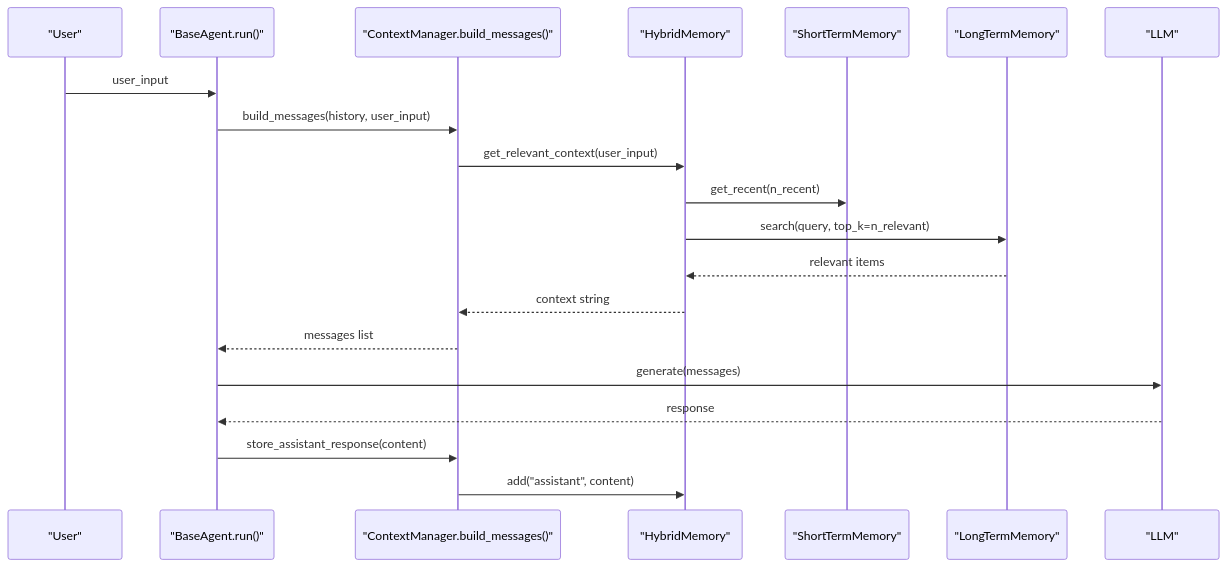
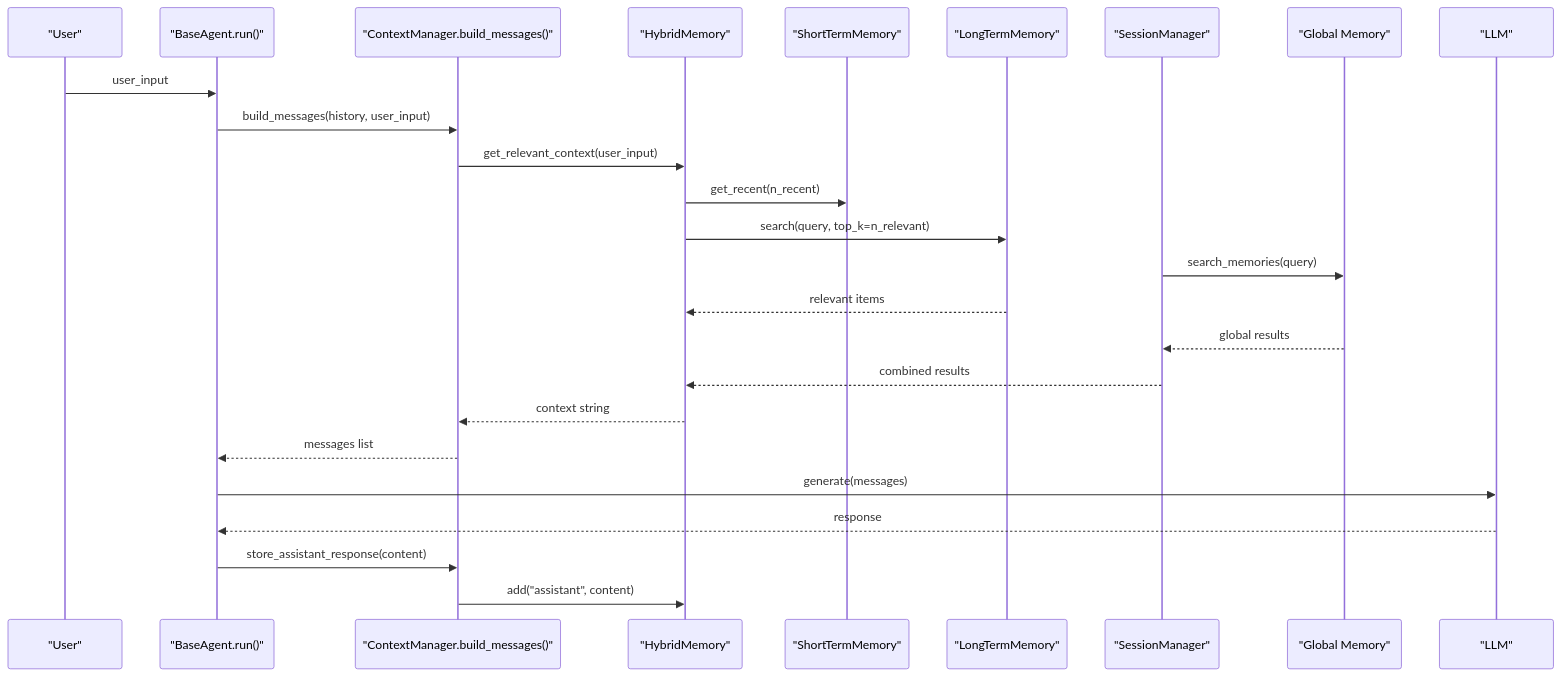
One commit to 1996Paul-Wen/HarnessAIDemo changed the second of 6 diagrams in .qoder/repowiki/en/content/Memory System/Memory System.md. Above: the diagram before and after it, drawn with Mermaid. The commit also changed other lines of this file and 4 other files, not shown here.

````diff
--- a/.qoder/repowiki/en/content/Memory System/Memory System.md
+++ b/.qoder/repowiki/en/content/Memory System/Memory System.md
@@ -104,22 +133,27 @@
 ```mermaid
 sequenceDiagram
 participant User as "User"
 participant Agent as "BaseAgent.run()"
 participant Ctx as "ContextManager.build_messages()"
 participant Mem as "HybridMemory"
 participant STM as "ShortTermMemory"
 participant LTM as "LongTermMemory"
+participant Sess as "SessionManager"
+participant Glob as "Global Memory"
 participant LLM as "LLM"
 User->>Agent : user_input
 Agent->>Ctx : build_messages(history, user_input)
 Ctx->>Mem : get_relevant_context(user_input)
 Mem->>STM : get_recent(n_recent)
 Mem->>LTM : search(query, top_k=n_relevant)
+Sess->>Glob : search_memories(query)
 LTM-->>Mem : relevant items
+Glob-->>Sess : global results
+Sess-->>Mem : combined results
 Mem-->>Ctx : context string
 Ctx-->>Agent : messages list
 Agent->>LLM : generate(messages)
 LLM-->>Agent : response
 Agent->>Ctx : store_assistant_response(content)
 Ctx->>Mem : add("assistant", content)
 ```
````
